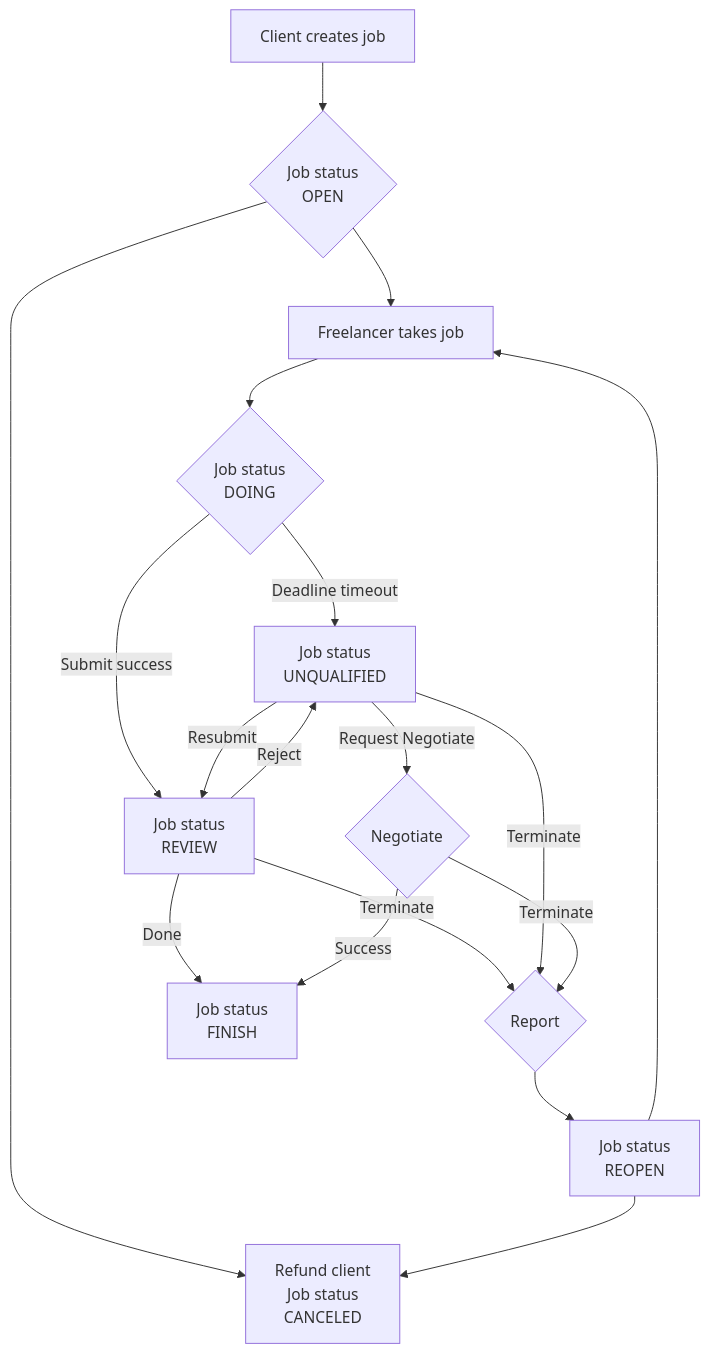
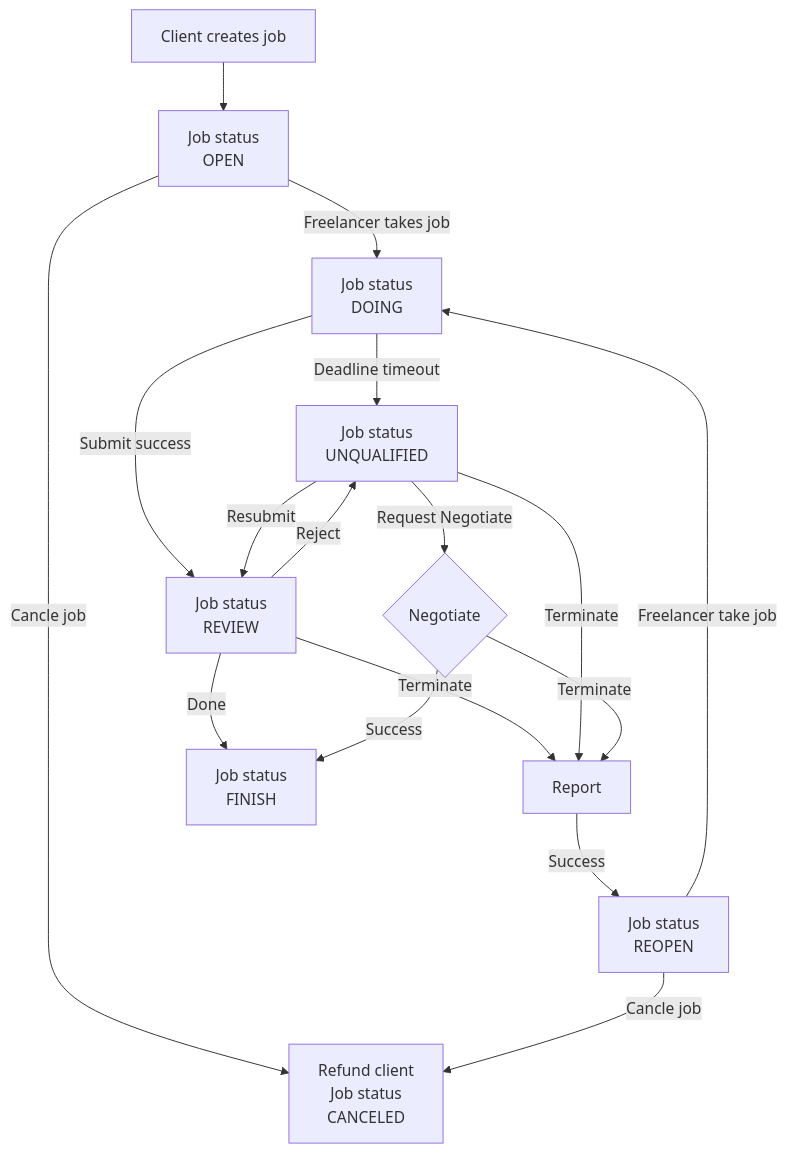
One commit to lamha79/freelankakot changed the second of 2 diagrams in README.md. Above: the diagram before and after it, drawn with Mermaid.

Commit message:
README.md

````diff
--- a/README.md
+++ b/README.md
@@ -139,21 +139,20 @@
 ```mermaid
 flowchart TB
-    A[Client creates job] --> B{Job status<br>OPEN}
-    B --> C[Freelancer takes job]
-    C --> D{Job status<br>DOING}
+    A[Client creates job] --> B[Job status<br>OPEN]
+    B -- Freelancer takes job --> D[Job status<br>DOING]
     D -- Deadline timeout --> H
     D -- Submit success --> E[Job status<br>REVIEW]
     E -- Terminate --> K
     E -- Done --> G[Job status<br>FINISH]
     E -- Reject --> H[Job status<br>UNQUALIFIED]
     H -- Resubmit --> E
     H -- Terminate --> K
     H -- Request Negotiate --> I{Negotiate} 
     I -- Success --> G
-    I -- Terminate --> K{Report}
-    B --> M[Refund client<br>Job status<br>CANCELED]
-    J --> M[Refund client<br>Job status<br>CANCELED]
-    J --> C
-    K --> J[Job status<br>REOPEN] 
+    I -- Terminate --> K[Report]
+    B -- Cancle job --> M[Refund client<br>Job status<br>CANCELED]
+    J -- Cancle job --> M
+    J -- Freelancer take job --> D
+    K -- Success--> J[Job status<br>REOPEN] 
     
 ```
````
